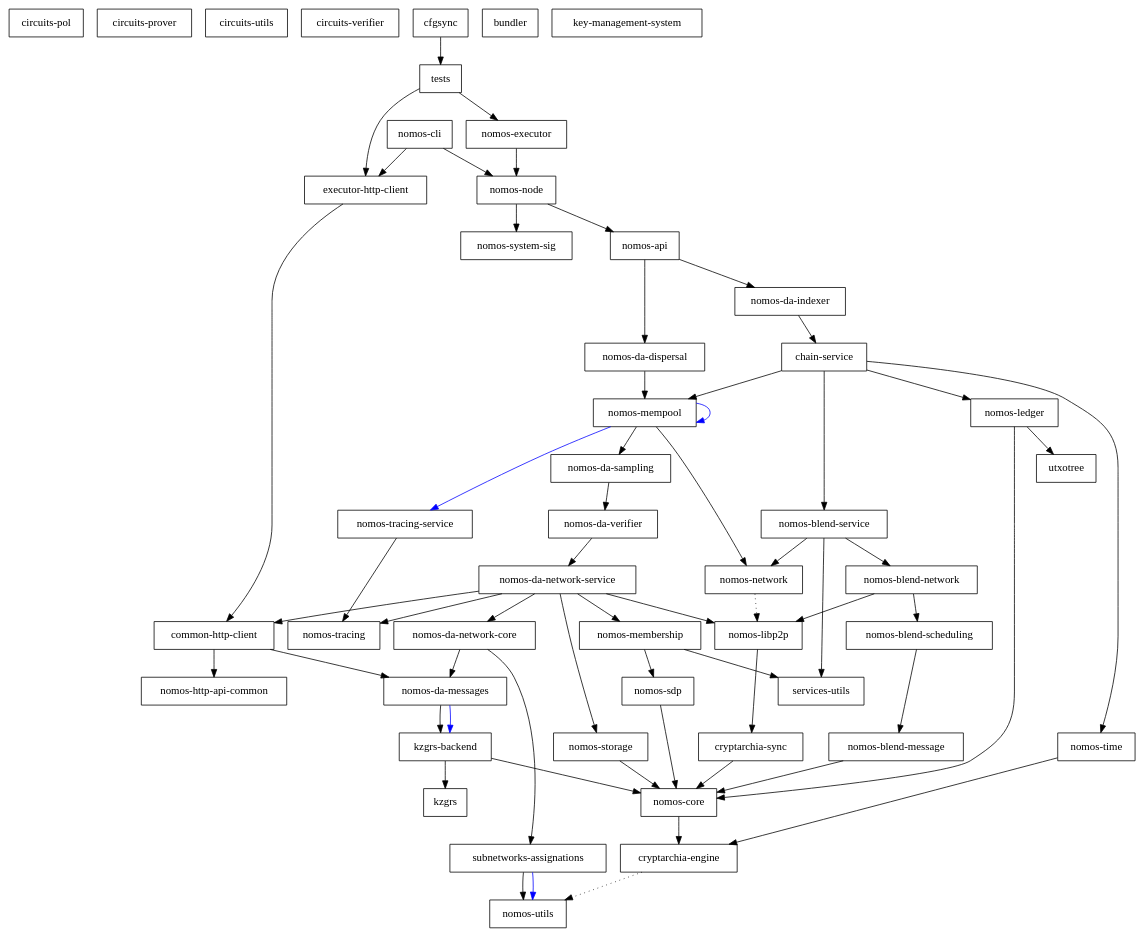
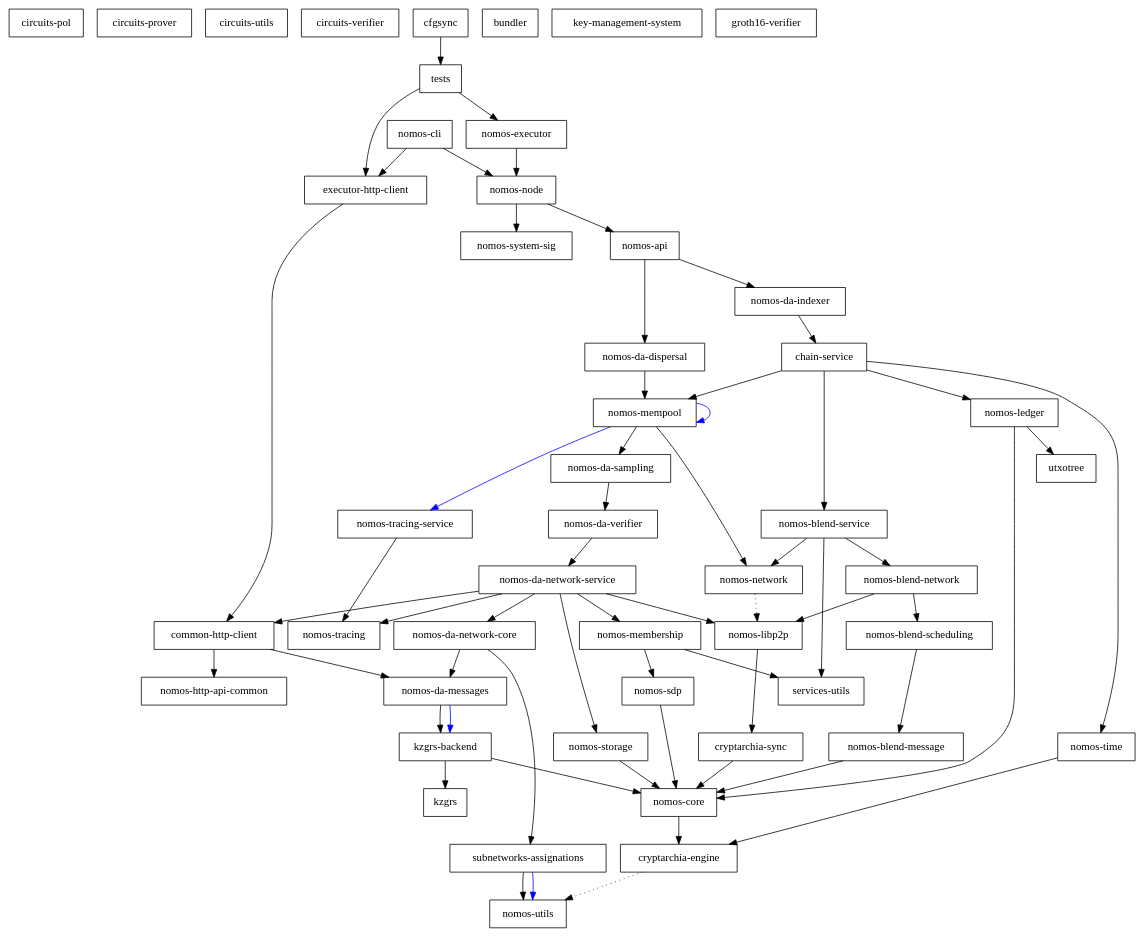
The diagram in dependencies_graph.dot (Astro521/logos-blockchain), drawn with Graphviz before and after one commit. The commit also changed 15 other files, not shown here.

Commit message:
feat(zk): Implement arkworks groth16 verifier (#1537)

```diff
--- a/dependencies_graph.dot
+++ b/dependencies_graph.dot
@@ -1,108 +1,109 @@
 digraph {
     0 [ label = "circuits-pol" shape = box]
     1 [ label = "circuits-prover" shape = box]
     2 [ label = "circuits-utils" shape = box]
     3 [ label = "circuits-verifier" shape = box]
     4 [ label = "cryptarchia-engine" shape = box]
     5 [ label = "nomos-utils" shape = box]
     6 [ label = "cryptarchia-sync" shape = box]
     7 [ label = "nomos-core" shape = box]
     8 [ label = "nomos-ledger" shape = box]
     9 [ label = "utxotree" shape = box]
     10 [ label = "nomos-http-api-common" shape = box]
     11 [ label = "nomos-executor" shape = box]
     12 [ label = "kzgrs-backend" shape = box]
     13 [ label = "kzgrs" shape = box]
     14 [ label = "nomos-api" shape = box]
     15 [ label = "chain-service" shape = box]
     16 [ label = "nomos-blend-service" shape = box]
     17 [ label = "nomos-blend-message" shape = box]
     18 [ label = "nomos-blend-network" shape = box]
     19 [ label = "nomos-blend-scheduling" shape = box]
     20 [ label = "nomos-libp2p" shape = box]
     21 [ label = "nomos-network" shape = box]
     22 [ label = "services-utils" shape = box]
     23 [ label = "nomos-da-sampling" shape = box]
     24 [ label = "nomos-da-network-core" shape = box]
     25 [ label = "nomos-da-messages" shape = box]
     26 [ label = "subnetworks-assignations" shape = box]
     27 [ label = "nomos-da-network-service" shape = box]
     28 [ label = "common-http-client" shape = box]
     29 [ label = "nomos-membership" shape = box]
     30 [ label = "nomos-sdp" shape = box]
     31 [ label = "nomos-storage" shape = box]
     32 [ label = "nomos-tracing" shape = box]
     33 [ label = "nomos-da-verifier" shape = box]
     34 [ label = "nomos-mempool" shape = box]
     35 [ label = "nomos-tracing-service" shape = box]
     36 [ label = "nomos-time" shape = box]
     37 [ label = "nomos-da-dispersal" shape = box]
     38 [ label = "nomos-da-indexer" shape = box]
     39 [ label = "nomos-node" shape = box]
     40 [ label = "nomos-system-sig" shape = box]
     41 [ label = "executor-http-client" shape = box]
     42 [ label = "bundler" shape = box]
     43 [ label = "nomos-cli" shape = box]
     44 [ label = "key-management-system" shape = box]
     45 [ label = "cfgsync" shape = box]
     46 [ label = "tests" shape = box]
+    47 [ label = "groth16-verifier" shape = box]
     4 -> 5 [ style = dotted]
     6 -> 7 [ ]
     7 -> 4 [ ]
     8 -> 7 [ ]
     8 -> 9 [ ]
     11 -> 39 [ ]
     12 -> 13 [ ]
     12 -> 7 [ ]
     14 -> 37 [ ]
     14 -> 38 [ ]
     15 -> 16 [ ]
     15 -> 8 [ ]
     15 -> 34 [ ]
     15 -> 36 [ ]
     16 -> 18 [ ]
     16 -> 21 [ ]
     16 -> 22 [ ]
     17 -> 7 [ ]
     18 -> 19 [ ]
     18 -> 20 [ ]
     19 -> 17 [ ]
     20 -> 6 [ ]
     21 -> 20 [ style = dotted]
     23 -> 33 [ ]
     24 -> 25 [ ]
     24 -> 26 [ ]
     25 -> 12 [ ]
     25 -> 12 [ color = blue]
     26 -> 5 [ ]
     26 -> 5 [ color = blue]
     27 -> 28 [ ]
     27 -> 24 [ ]
     27 -> 20 [ ]
     27 -> 29 [ ]
     27 -> 31 [ ]
     27 -> 32 [ ]
     28 -> 25 [ ]
     28 -> 10 [ ]
     29 -> 30 [ ]
     29 -> 22 [ ]
     30 -> 7 [ ]
     31 -> 7 [ ]
     33 -> 27 [ ]
     34 -> 23 [ ]
     34 -> 34 [ color = blue]
     34 -> 21 [ ]
     34 -> 35 [ color = blue]
     35 -> 32 [ ]
     36 -> 4 [ ]
     37 -> 34 [ ]
     38 -> 15 [ ]
     39 -> 14 [ ]
     39 -> 40 [ ]
     41 -> 28 [ ]
     43 -> 41 [ ]
     43 -> 39 [ ]
     45 -> 46 [ ]
     46 -> 41 [ ]
     46 -> 11 [ ]
 }
```
